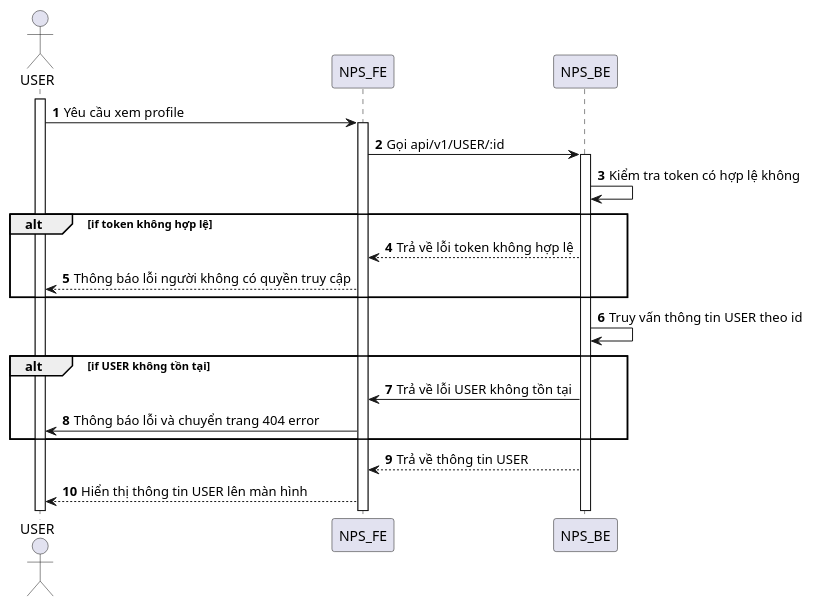
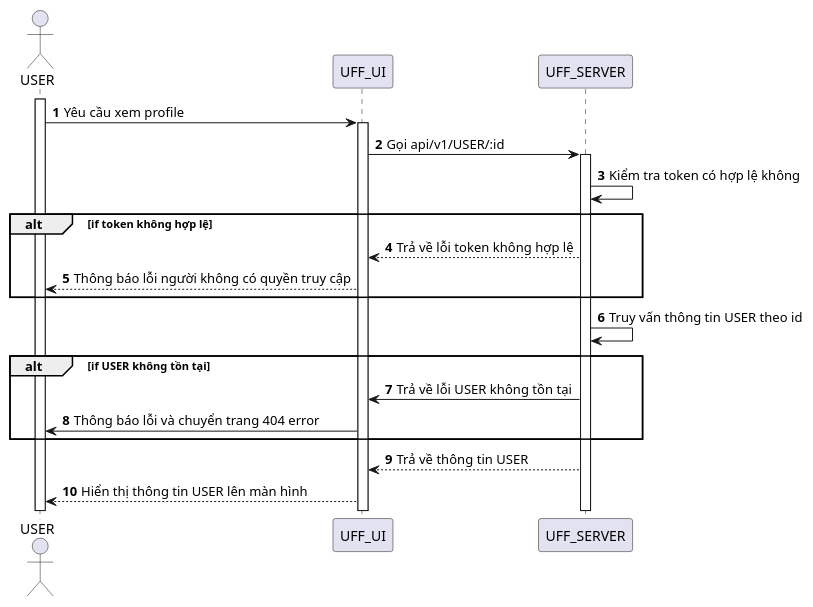
One commit to congdanh0101/fast-food changed the diagram in SequenceDiagram/User/profile.puml. Above: the diagram before and after it, drawn with PlantUML. The commit also changed 177 other files, not shown here.

Commit message:
update sequence

```diff
--- a/SequenceDiagram/User/profile.puml
+++ b/SequenceDiagram/User/profile.puml
@@ -1,23 +1,23 @@
 @startuml
 autonumber
 actor USER
 activate USER
-USER -> NPS_FE: Yêu cầu xem profile
-activate NPS_FE
-NPS_FE -> NPS_BE: Gọi api/v1/USER/:id
-activate NPS_BE
-NPS_BE -> NPS_BE: Kiểm tra token có hợp lệ không
+USER -> UFF_UI: Yêu cầu xem profile
+activate UFF_UI
+UFF_UI -> UFF_SERVER: Gọi api/v1/USER/:id
+activate UFF_SERVER
+UFF_SERVER -> UFF_SERVER: Kiểm tra token có hợp lệ không
 alt if token không hợp lệ
-NPS_BE --> NPS_FE: Trả về lỗi token không hợp lệ
-NPS_FE --> USER: Thông báo lỗi người không có quyền truy cập
+UFF_SERVER --> UFF_UI: Trả về lỗi token không hợp lệ
+UFF_UI --> USER: Thông báo lỗi người không có quyền truy cập
 end
-NPS_BE -> NPS_BE: Truy vấn thông tin USER theo id
+UFF_SERVER -> UFF_SERVER: Truy vấn thông tin USER theo id
 
 alt if USER không tồn tại
-NPS_BE -> NPS_FE: Trả về lỗi USER không tồn tại
-NPS_FE -> USER: Thông báo lỗi và chuyển trang 404 error
+UFF_SERVER -> UFF_UI: Trả về lỗi USER không tồn tại
+UFF_UI -> USER: Thông báo lỗi và chuyển trang 404 error
 end
 
-NPS_BE --> NPS_FE: Trả về thông tin USER
-NPS_FE --> USER: Hiển thị thông tin USER lên màn hình
+UFF_SERVER --> UFF_UI: Trả về thông tin USER
+UFF_UI --> USER: Hiển thị thông tin USER lên màn hình
 @enduml
```
